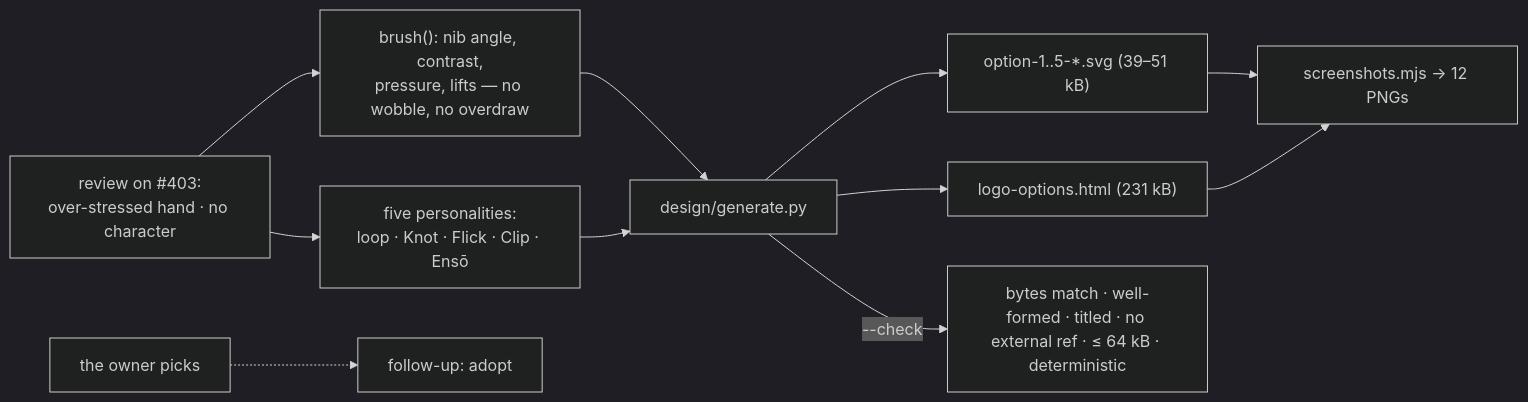
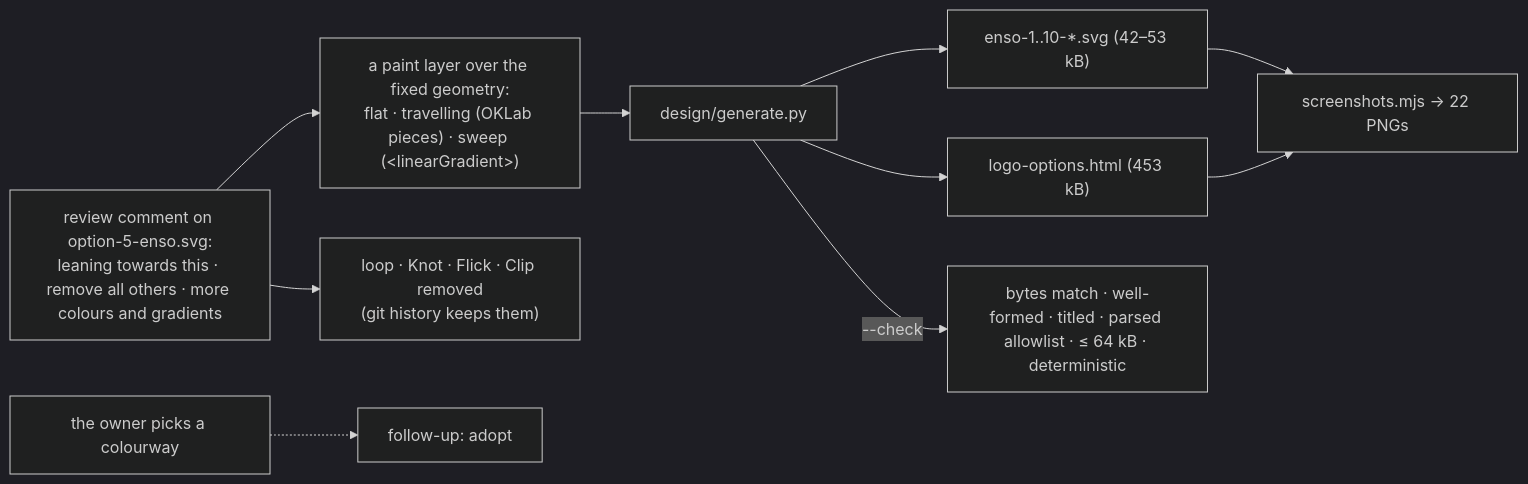
Before and after one commit to MadaraUchiha-314/the-loop: the diagram in docs/specs/issue-398/evidence/reviewer-briefing.md, drawn with Mermaid (dark theme). The commit also changed other lines of this file and 52 other files, not shown here.

````diff
--- a/docs/specs/issue-398/evidence/reviewer-briefing.md
+++ b/docs/specs/issue-398/evidence/reviewer-briefing.md
@@ -37,11 +35,10 @@
 ```mermaid
 flowchart LR
-  REV["review on #403:<br/>over-stressed hand · no character"] --> BR["brush(): nib angle, contrast,<br/>pressure, lifts — no wobble, no overdraw"]
-  REV --> FIVE["five personalities:<br/>loop · Knot · Flick · Clip · Ensō"]
-  BR --> GEN["design/generate.py"]
-  FIVE --> GEN
-  GEN --> SVG["option-1..5-*.svg (39–51 kB)"] --> SS["screenshots.mjs → 12 PNGs"]
-  GEN --> GAL["logo-options.html (231 kB)"] --> SS
-  GEN -->|"--check"| GATE["bytes match · well-formed · titled · no external ref · ≤ 64 kB · deterministic"]
-  PICK["the owner picks"] -.-> NEXT["follow-up: adopt"]
+  PICK["review comment on option-5-enso.svg:<br/>leaning towards this · remove all others · more colours and gradients"] --> PAINT["a paint layer over the fixed geometry:<br/>flat · travelling (OKLab pieces) · sweep (&lt;linearGradient&gt;)"]
+  PICK --> RM["loop · Knot · Flick · Clip removed<br/>(git history keeps them)"]
+  PAINT --> GEN["design/generate.py"]
+  GEN --> SVG["enso-1..10-*.svg (42–53 kB)"] --> SS["screenshots.mjs → 22 PNGs"]
+  GEN --> GAL["logo-options.html (453 kB)"] --> SS
+  GEN -->|"--check"| GATE["bytes match · well-formed · titled · parsed allowlist · ≤ 64 kB · deterministic"]
+  NEXT["the owner picks a colourway"] -.-> ADOPT["follow-up: adopt"]
 ```
````
